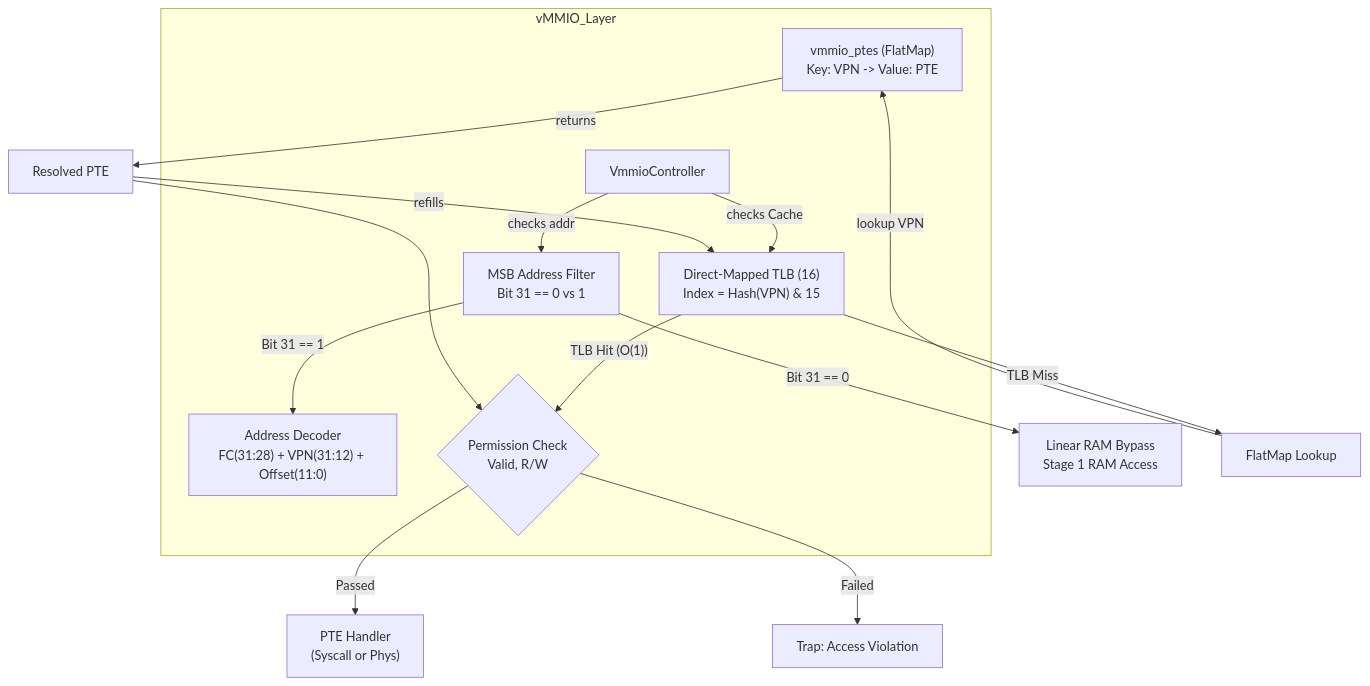
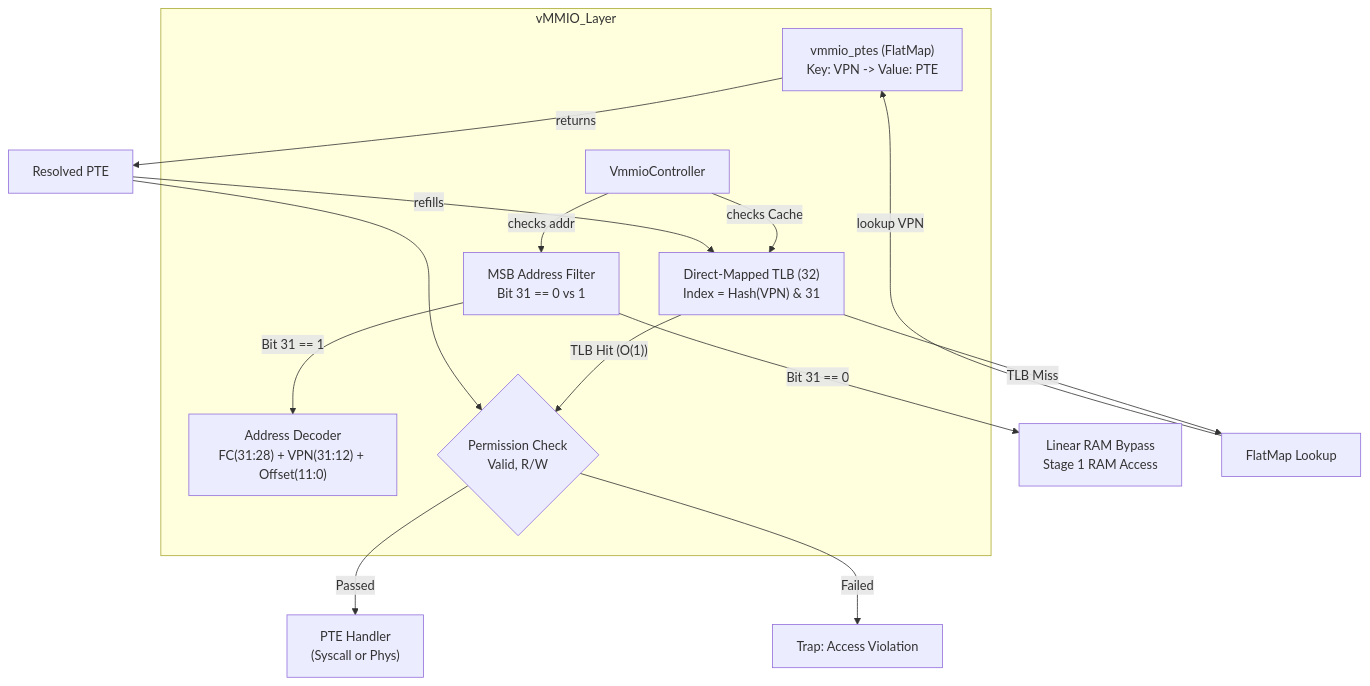
The first of 6 diagrams in docs/components/tier2_runtime/runtime_vmmio.md (kmt-t/fireball), drawn with Mermaid before and after one commit. The commit also changed other lines of this file and 24 other files, not shown here.

````diff
--- a/docs/components/tier2_runtime/runtime_vmmio.md
+++ b/docs/components/tier2_runtime/runtime_vmmio.md
@@ -62,24 +62,24 @@
 ```mermaid
 graph TD
     subgraph vMMIO_Layer
         Filter["MSB Address Filter<br/>Bit 31 == 0 vs 1"]
         Decoder["Address Decoder<br/>FC(31:28) + VPN(31:12) + Offset(11:0)"]
         FlatMap["vmmio_ptes (FlatMap)<br/>Key: VPN -> Value: PTE"]
-        TLB["Direct-Mapped TLB (16)<br/>Index = Hash(VPN) & 15"]
+        TLB["Direct-Mapped TLB (32)<br/>Index = Hash(VPN) & 31"]
         Controller["VmmioController"]
         PermGate{"Permission Check<br/>Valid, R/W"}
     end
 
     Controller -- checks addr --> Filter
     Filter -- Bit 31 == 0 --> Bypass["Linear RAM Bypass<br/>Stage 1 RAM Access"]
     Filter -- Bit 31 == 1 --> Decoder
     Controller -- checks Cache --> TLB
     TLB -- TLB Hit (O(1)) --> PermGate
     TLB -- TLB Miss --> Walk[FlatMap Lookup]
     Walk -- lookup VPN --> FlatMap
     FlatMap -- returns --> WalkResult[Resolved PTE]
     WalkResult -- refills --> TLB
     WalkResult --> PermGate
     PermGate -- "Passed" --> Handler["PTE Handler<br/>(Syscall or Phys)"]
     PermGate -- "Failed" --> Trap["Trap: Access Violation"]
 ```
````
